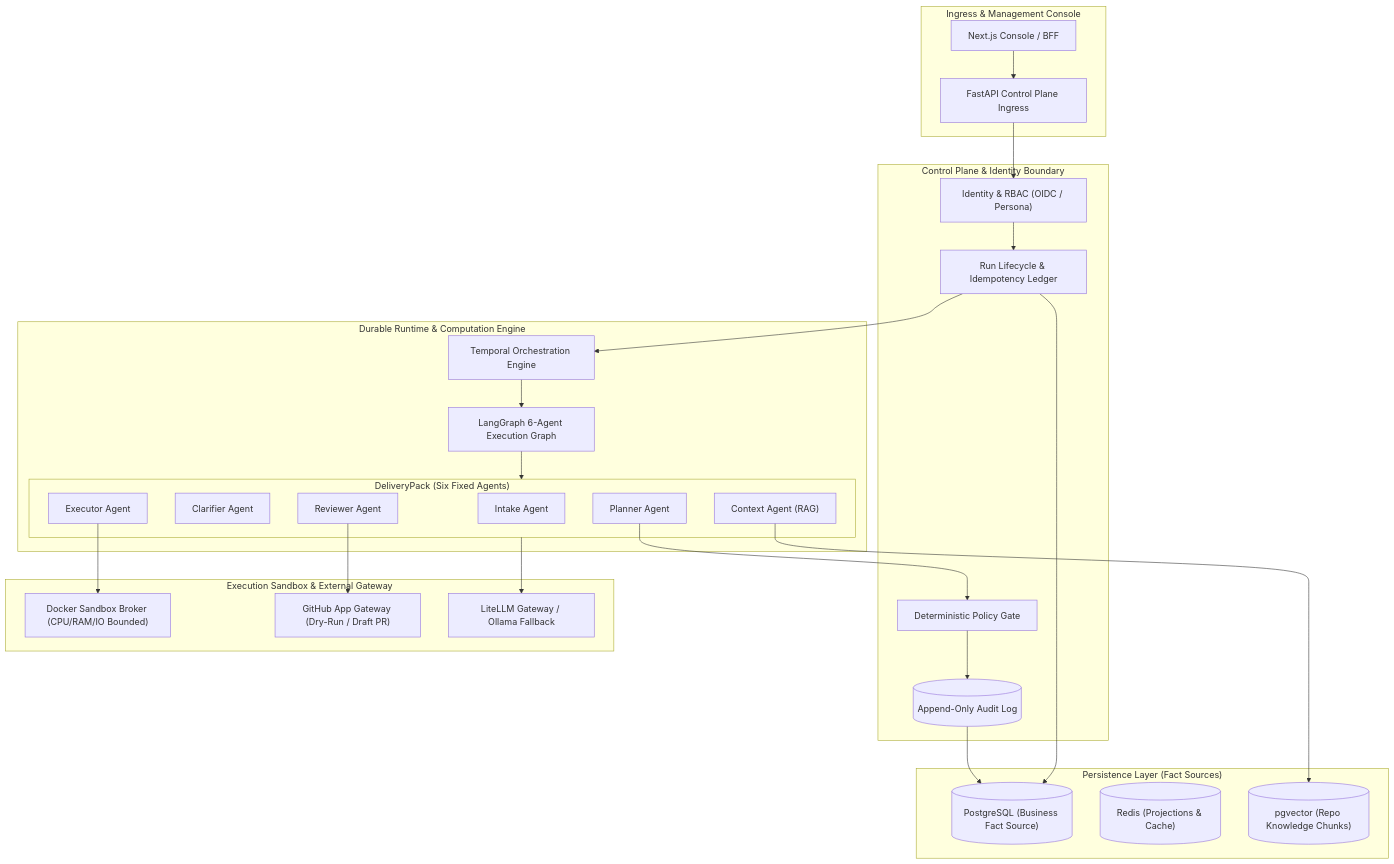
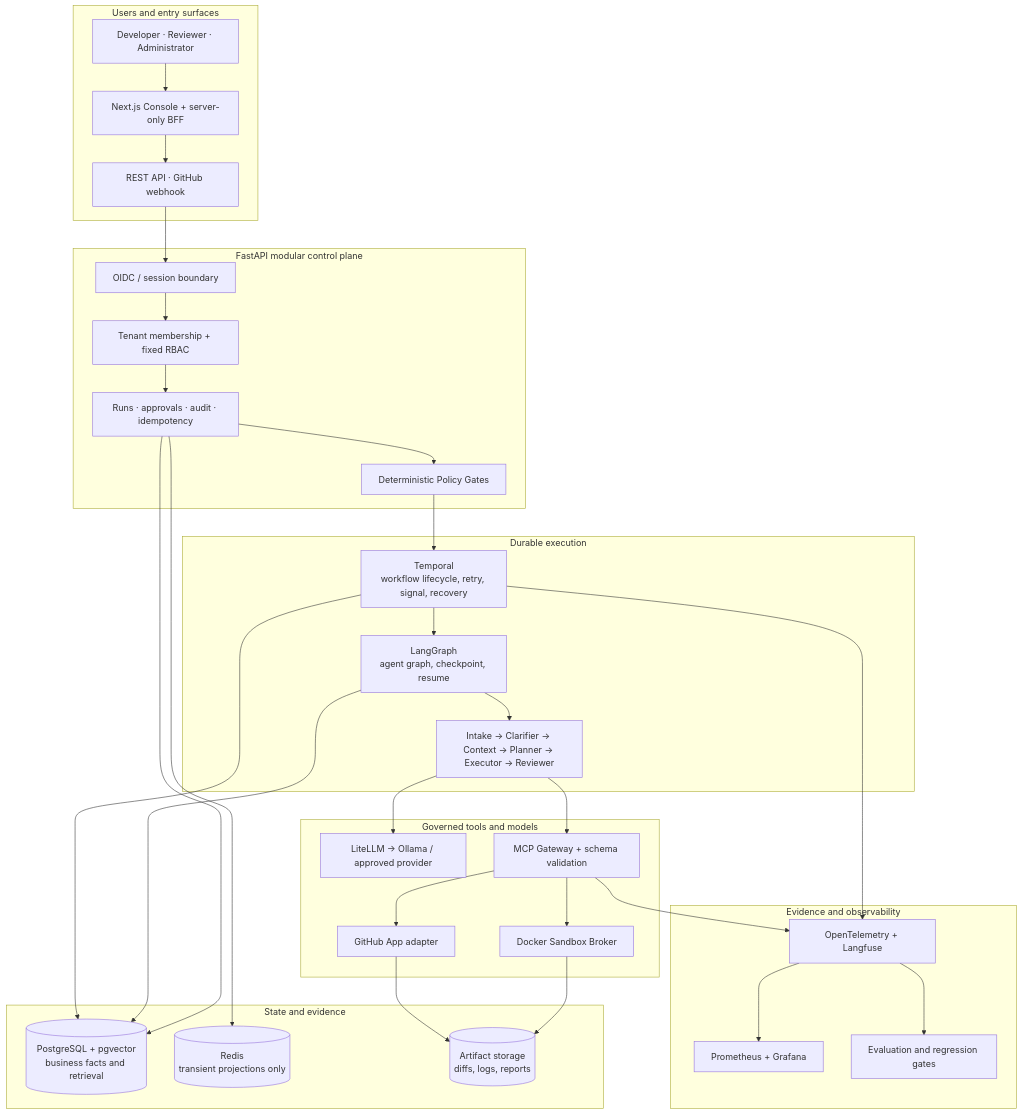
The second of 2 diagrams in README.md (KinguYume-G/AegisFlow), drawn with Mermaid before and after one commit. The commit also changed other lines of this file and 1 other file, not shown here.

Commit message:
docs: polish architecture README and repository hygiene

````diff
--- a/README.md
+++ b/README.md
@@ -44,57 +63,60 @@
 ```mermaid
-flowchart TD
-    subgraph Clients ["Ingress & Management Console"]
-        Console["Next.js Console / BFF"]
-        API["FastAPI Control Plane Ingress"]
+flowchart TB
+    subgraph Experience["Users and entry surfaces"]
+        Users["Developer · Reviewer · Administrator"]
+        Console["Next.js Console + server-only BFF"]
+        Ingress["REST API · GitHub webhook"]
+        Users --> Console
+        Console --> Ingress
     end
 
-    subgraph ControlPlane ["Control Plane & Identity Boundary"]
-        Identity["Identity & RBAC (OIDC / Persona)"]
-        RunService["Run Lifecycle & Idempotency Ledger"]
-        PolicyGate["Deterministic Policy Gate"]
-        AuditLog[("Append-Only Audit Log")]
+    subgraph Control["FastAPI modular control plane"]
+        Identity["OIDC / session boundary"]
+        RBAC["Tenant membership + fixed RBAC"]
+        Runs["Runs · approvals · audit · idempotency"]
+        Policy["Deterministic Policy Gates"]
+        Ingress --> Identity --> RBAC --> Runs --> Policy
     end
 
-    subgraph Runtime ["Durable Runtime & Computation Engine"]
-        Temporal["Temporal Orchestration Engine"]
-        LangGraph["LangGraph 6-Agent Execution Graph"]
-        
-        subgraph DeliveryPack ["DeliveryPack (Six Fixed Agents)"]
-            A1["Intake Agent"]
-            A2["Clarifier Agent"]
-            A3["Context Agent (RAG)"]
-            A4["Planner Agent"]
-            A5["Executor Agent"]
-            A6["Reviewer Agent"]
-        end
+    subgraph Durable["Durable execution"]
+        Temporal["Temporal<br/>workflow lifecycle, retry, signal, recovery"]
+        LangGraph["LangGraph<br/>agent graph, checkpoint, resume"]
+        Agents["Intake → Clarifier → Context → Planner → Executor → Reviewer"]
+        Temporal --> LangGraph --> Agents
     end
 
-    subgraph Sandbox ["Execution Sandbox & External Gateway"]
-        DockerSandbox["Docker Sandbox Broker (CPU/RAM/IO Bounded)"]
-        GitHubApp["GitHub App Gateway (Dry-Run / Draft PR)"]
-        ModelGateway["LiteLLM Gateway / Ollama Fallback"]
+    subgraph Governed["Governed tools and models"]
+        Model["LiteLLM → Ollama / approved provider"]
+        MCP["MCP Gateway + schema validation"]
+        Sandbox["Docker Sandbox Broker"]
+        GitHub["GitHub App adapter"]
     end
 
-    subgraph Persistence ["Persistence Layer (Fact Sources)"]
-        PG[("PostgreSQL (Business Fact Source)")]
-        Redis[("Redis (Projections & Cache)")]
-        PGVector[("pgvector (Repo Knowledge Chunks)")]
+    subgraph State["State and evidence"]
+        Postgres[("PostgreSQL + pgvector<br/>business facts and retrieval")]
+        Redis[("Redis<br/>transient projections only")]
+        Artifacts[("Artifact storage<br/>diffs, logs, reports")]
     end
 
-    Console --> API
-    API --> Identity
-    Identity --> RunService
-    RunService --> PG
-    RunService --> Temporal
-    Temporal --> LangGraph
-    LangGraph --> DeliveryPack
-    
-    A3 --> PGVector
-    A4 --> PolicyGate
-    PolicyGate --> AuditLog
-    AuditLog --> PG
-    
-    A5 --> DockerSandbox
-    A6 --> GitHubApp
-    DeliveryPack --> ModelGateway
+    subgraph Observe["Evidence and observability"]
+        Trace["OpenTelemetry + Langfuse"]
+        Metrics["Prometheus + Grafana"]
+        Eval["Evaluation and regression gates"]
+    end
+
+    Policy --> Temporal
+    Agents --> Model
+    Agents --> MCP
+    MCP --> Sandbox
+    MCP --> GitHub
+    Runs --> Postgres
+    LangGraph --> Postgres
+    Temporal --> Postgres
+    Runs --> Redis
+    Sandbox --> Artifacts
+    GitHub --> Artifacts
+    Temporal --> Trace
+    MCP --> Trace
+    Trace --> Metrics
+    Trace --> Eval
 ```
````
